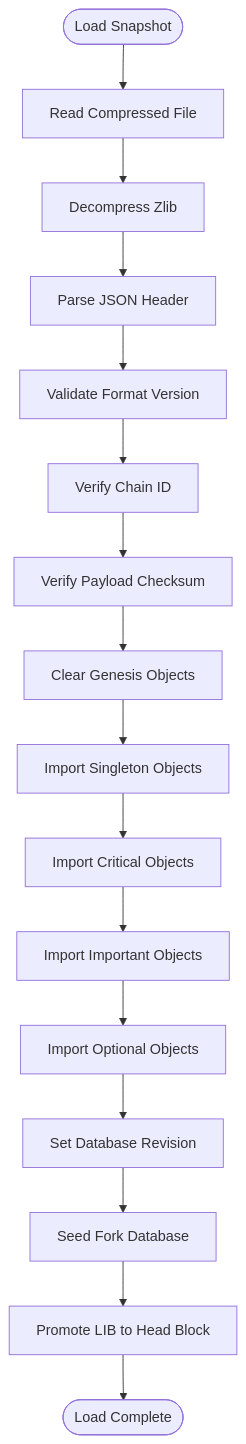
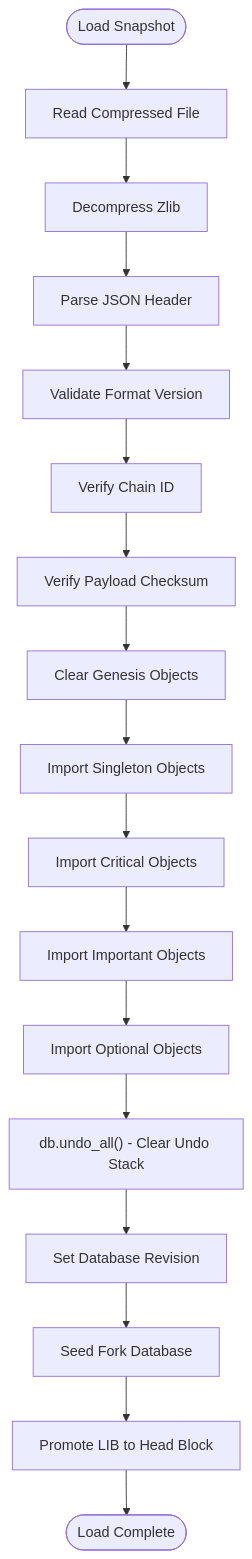
One commit to VIZ-Blockchain/viz-cpp-node changed the fourth of 21 diagrams in .qoder/repowiki/en/content/Plugin System/Snapshot Plugin System.md. Above: the diagram before and after it, drawn with Mermaid. The commit also changed other lines of this file and 3 other files, not shown here.

````diff
--- a/.qoder/repowiki/en/content/Plugin System/Snapshot Plugin System.md
+++ b/.qoder/repowiki/en/content/Plugin System/Snapshot Plugin System.md
@@ -299,18 +312,19 @@
 ```mermaid
 flowchart TD
 Start([Load Snapshot]) --> ReadFile["Read Compressed File"]
 ReadFile --> Decompress["Decompress Zlib"]
 Decompress --> ParseJSON["Parse JSON Header"]
 ParseJSON --> ValidateVersion["Validate Format Version"]
 ValidateVersion --> CheckChainID["Verify Chain ID"]
 CheckChainID --> ChecksumVerify["Verify Payload Checksum"]
 ChecksumVerify --> ClearGenesis["Clear Genesis Objects"]
 ClearGenesis --> ImportSingletons["Import Singleton Objects"]
 ImportSingletons --> ImportCritical["Import Critical Objects"]
 ImportCritical --> ImportImportant["Import Important Objects"]
 ImportImportant --> ImportOptional["Import Optional Objects"]
-ImportOptional --> SetRevision["Set Database Revision"]
+ImportOptional --> UndoAll["db.undo_all() - Clear Undo Stack"]
+UndoAll --> SetRevision["Set Database Revision"]
 SetRevision --> SeedForkDB["Seed Fork Database"]
 SeedForkDB --> PromoteLIB["Promote LIB to Head Block"]
 PromoteLIB --> Complete([Load Complete])
 ```
````
